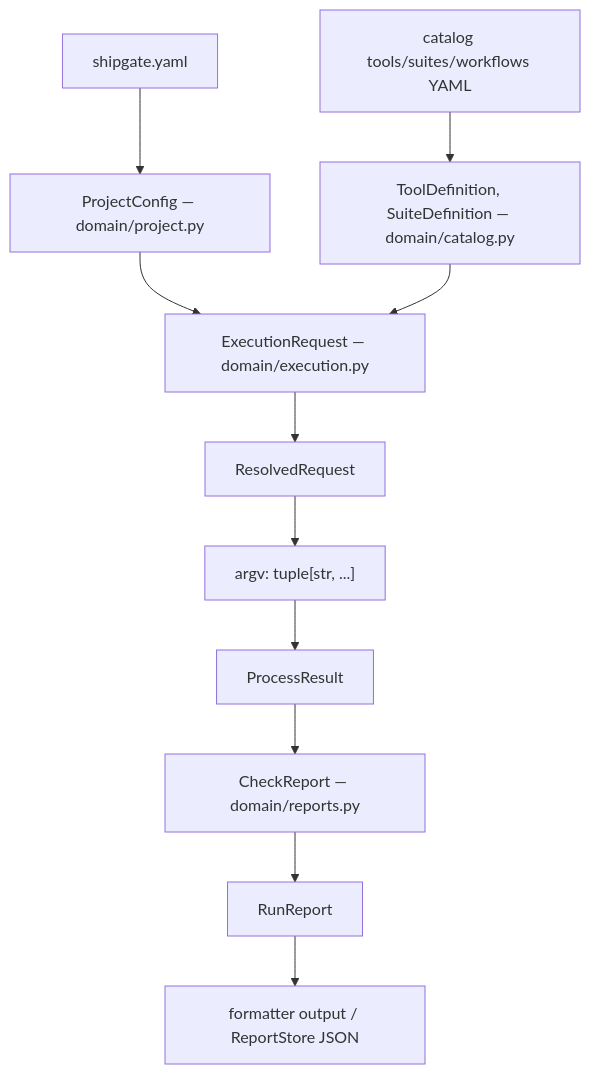
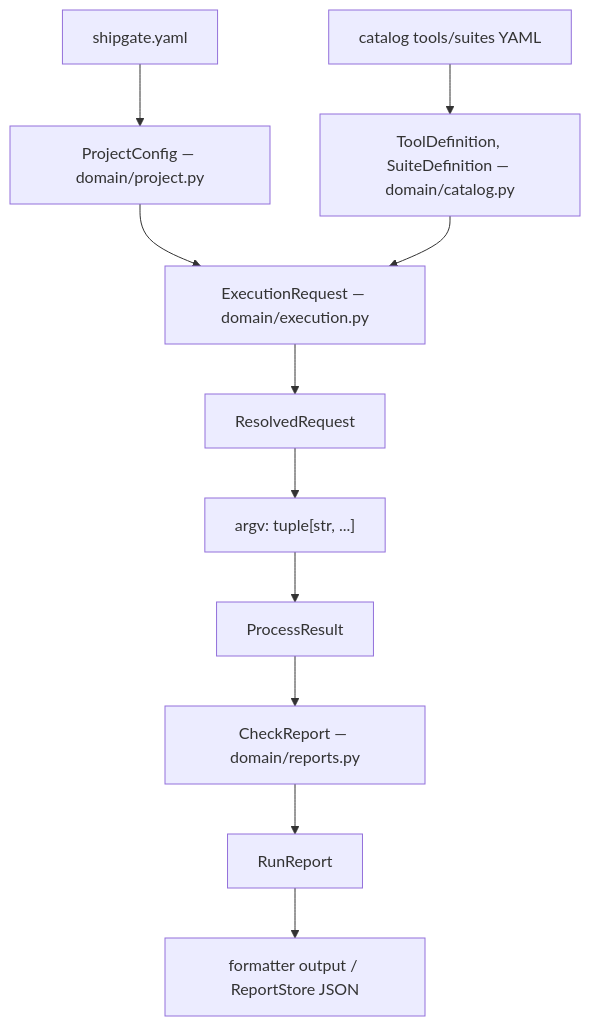
One commit to inquilabee/shipgate changed the fifth of 5 diagrams in docs/architecture-diagrams.md. Above: the diagram before and after it, drawn with Mermaid. The commit also changed other lines of this file and 84 other files, not shown here.

First line of the commit message:
Make suites the only catalog grouping for runnable selection.

````diff
--- a/docs/architecture-diagrams.md
+++ b/docs/architecture-diagrams.md
@@ -268,13 +268,13 @@
 ```mermaid
 flowchart TB
     YAML2["shipgate.yaml"] --> PC["ProjectConfig — domain/project.py"]
-    CatYAML["catalog tools/suites/workflows YAML"] --> TD["ToolDefinition, SuiteDefinition — domain/catalog.py"]
+    CatYAML["catalog tools/suites YAML"] --> TD["ToolDefinition, SuiteDefinition — domain/catalog.py"]
     PC --> ER["ExecutionRequest — domain/execution.py"]
     TD --> ER
     ER --> RR["ResolvedRequest"]
     RR --> Argv2["argv: tuple[str, ...]"]
     Argv2 --> PR["ProcessResult"]
     PR --> CR["CheckReport — domain/reports.py"]
     CR --> RunR["RunReport"]
     RunR --> Out["formatter output / ReportStore JSON"]
 ```
````
